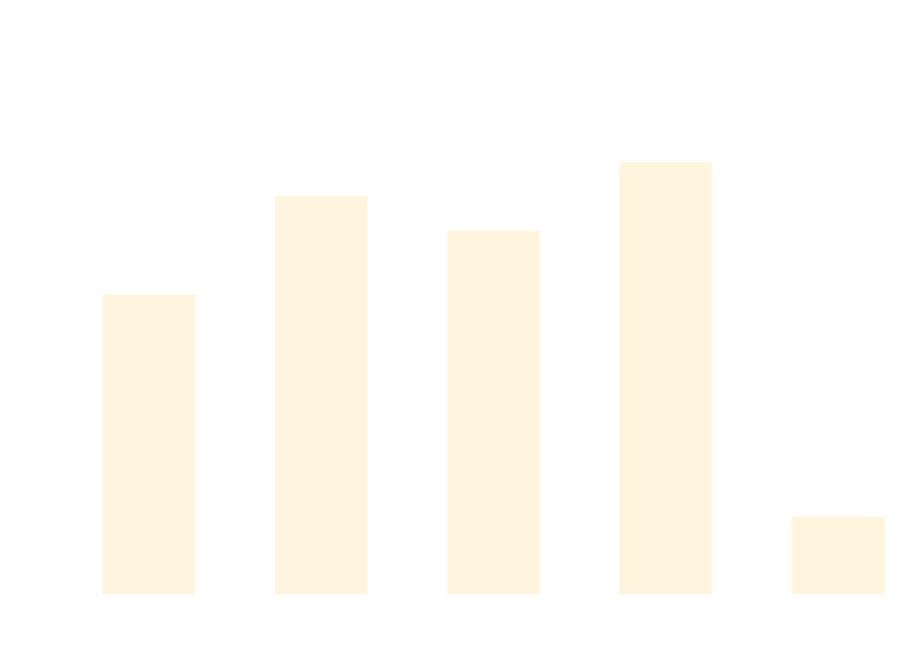
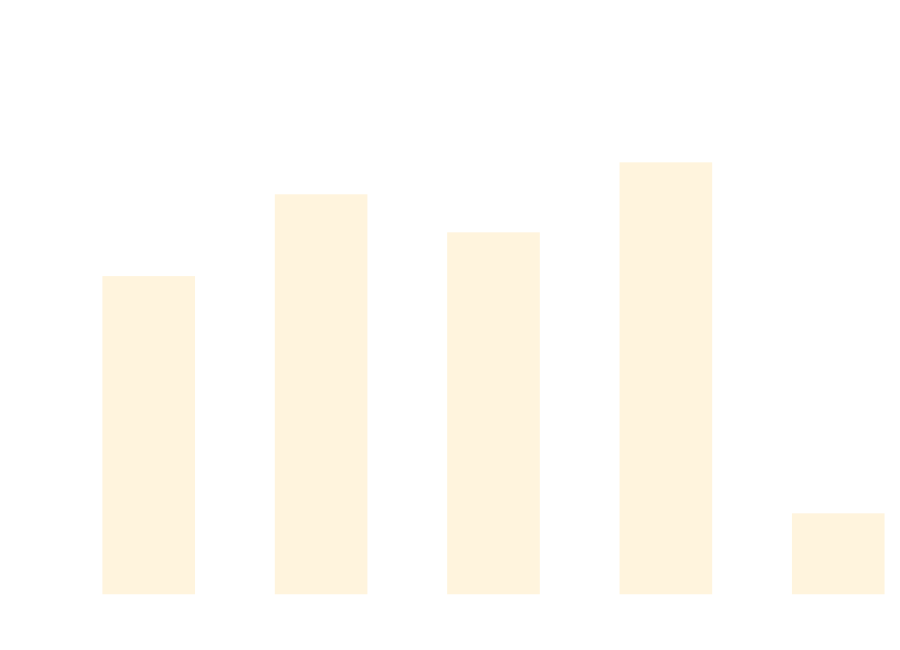
Before and after one commit to weiyilai/TUnit: the diagram in docs/docs/benchmarks/AsyncTests.md, drawn with Mermaid. The commit also changed other lines of this file and 17 other files, not shown here.

````diff
--- a/docs/docs/benchmarks/AsyncTests.md
+++ b/docs/docs/benchmarks/AsyncTests.md
@@ -27,37 +27,37 @@
 ```mermaid
 %%{init: {
   'theme':'base',
   'themeVariables': {
     'primaryColor': '#2563eb',
     'primaryTextColor': '#ffffff',
     'primaryBorderColor': '#1e40af',
     'lineColor': '#6b7280',
     'secondaryColor': '#7c3aed',
     'tertiaryColor': '#dc2626',
     'background': '#ffffff',
     'mainBkg': '#2563eb',
     'secondBkg': '#7c3aed',
     'tertiaryBkg': '#dc2626',
     'clusterBkg': '#f3f4f6',
     'edgeLabelBackground': '#ffffff',
     'tertiaryTextColor': '#1f2937',
     'pie1': '#2563eb',
     'pie2': '#7c3aed',
     'pie3': '#dc2626',
     'pie4': '#f59e0b',
     'pie5': '#10b981',
     'pie6': '#06b6d4',
     'pie7': '#ec4899',
     'pie8': '#6366f1',
     'pie9': '#84cc16',
     'pie10': '#f97316',
     'pie11': '#14b8a6',
     'pie12': '#a855f7'
   }
 }}%%
 xychart-beta
   title "AsyncTests Performance Comparison"
   x-axis ["TUnit", "NUnit", "MSTest", "xUnit3", "TUnit_AOT"]
-  y-axis "Time (ms)" 0 --> 918
-  bar [524.4, 703.4, 640.9, 765, 122]
+  y-axis "Time (ms)" 0 --> 879
+  bar [534.4, 676.4, 610.4, 731.9, 122.5]
 ```
````
